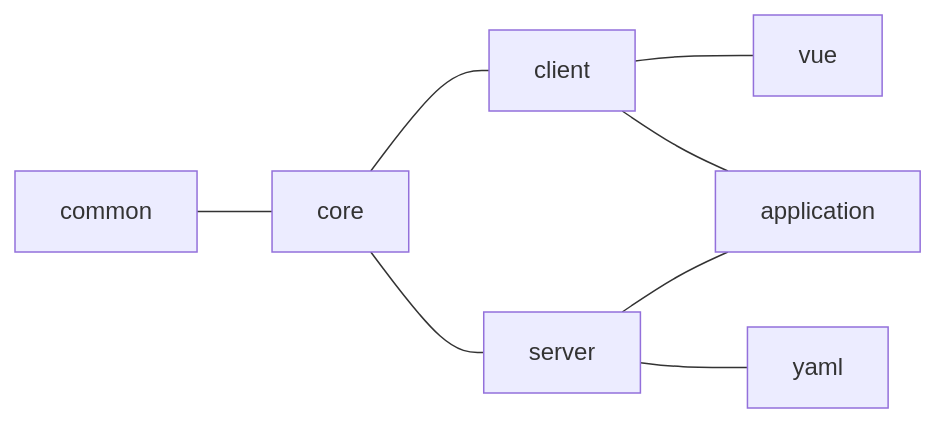
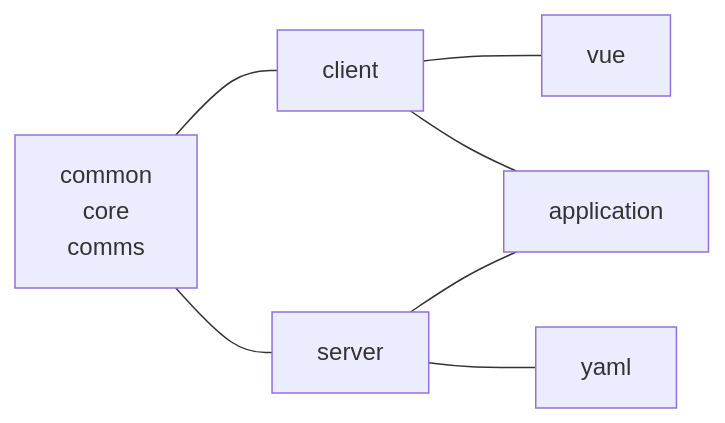
One commit to cpuabuse/dungeon-together changed the diagram in docs/structure.md. Above: the diagram before and after it, drawn with Mermaid. The commit also changed other lines of this file and 18 other files, not shown here.

````diff
--- a/docs/structure.md
+++ b/docs/structure.md
@@ -36,7 +36,6 @@
 	```mermaid
 	flowchart LR
-		common --- core
 		client --- vue
 		server --- yaml
-		core --- client & server --- application
+		core[common<br>core<br>comms] --- client & server --- application
 	```
````
